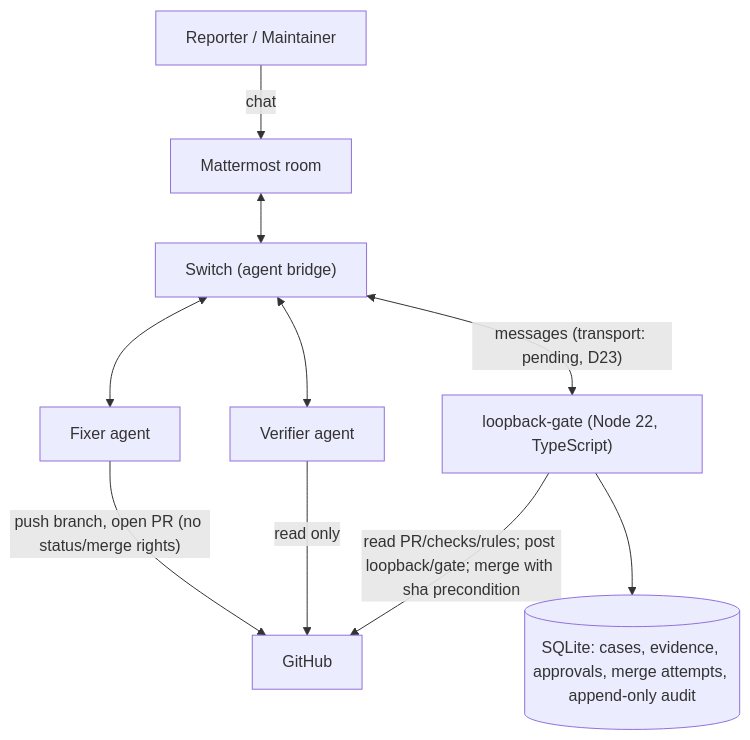
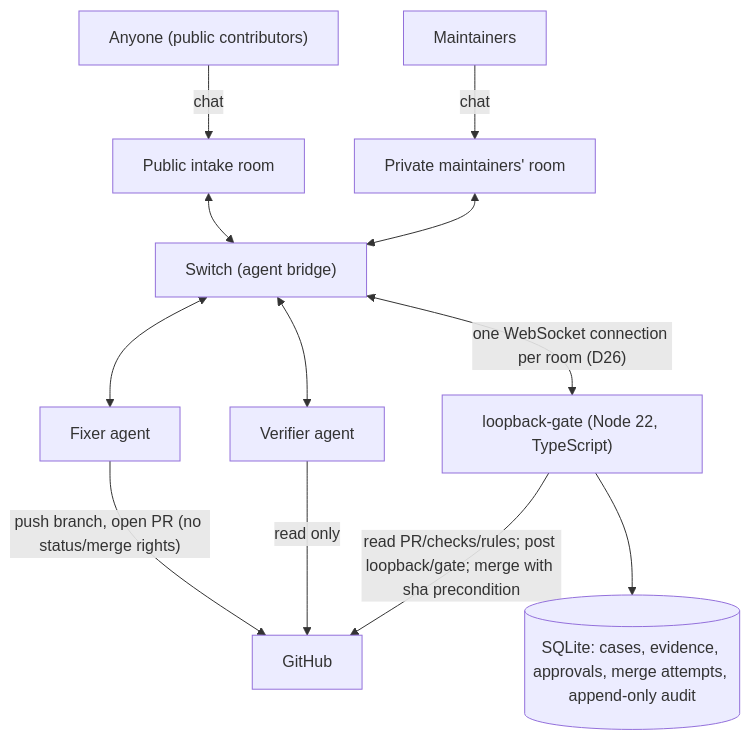
One commit to devprashant19/loopbackv2 changed the diagram in docs/architecture.md. Above: the diagram before and after it, drawn with Mermaid. The commit also changed other lines of this file and 62 other files, not shown here.

First line of the commit message:
feat: add public intake, signed verifier evidence and runtime source checks

````diff
--- a/docs/architecture.md
+++ b/docs/architecture.md
@@ -3,12 +3,14 @@
 ```mermaid
 flowchart TB
-  Human["Reporter / Maintainer"] -->|chat| MM["Mattermost room"]
-  MM <--> SW["Switch (agent bridge)"]
-  SW <-->|"messages (transport: pending, D23)"| GATE["loopback-gate (Node 22, TypeScript)"]
+  Public["Anyone (public contributors)"] -->|chat| IR["Public intake room"]
+  Maint["Maintainers"] -->|chat| MR["Private maintainers' room"]
+  IR <--> SW["Switch (agent bridge)"]
+  MR <--> SW
+  SW <-->|"one WebSocket connection per room (D26)"| GATE["loopback-gate (Node 22, TypeScript)"]
   SW <--> FX["Fixer agent"]
   SW <--> VF["Verifier agent"]
   FX -->|"push branch, open PR (no status/merge rights)"| GH["GitHub"]
   VF -->|read only| GH
   GATE -->|"read PR/checks/rules; post loopback/gate; merge with sha precondition"| GH
   GATE --> DB[("SQLite: cases, evidence, approvals, merge attempts, append-only audit")]
 ```
````
